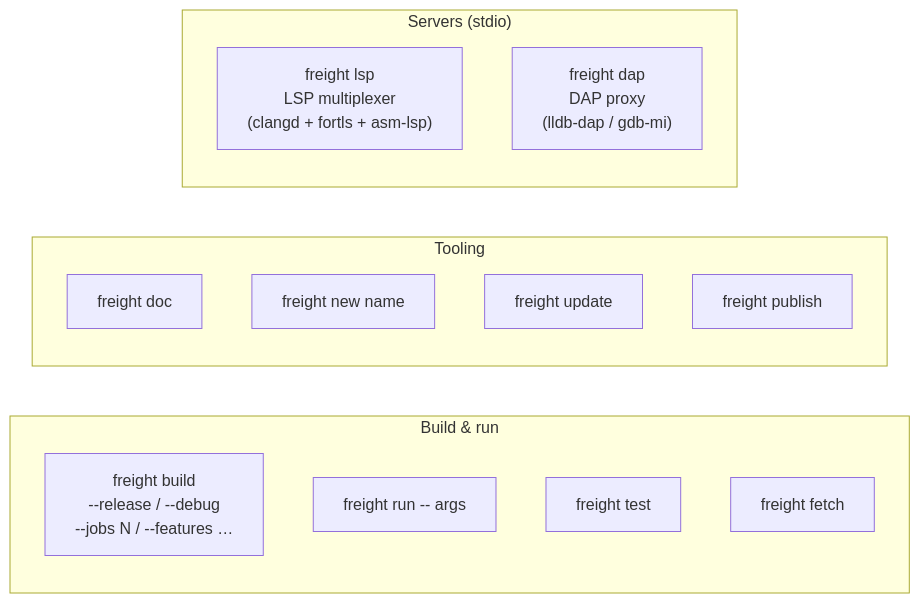
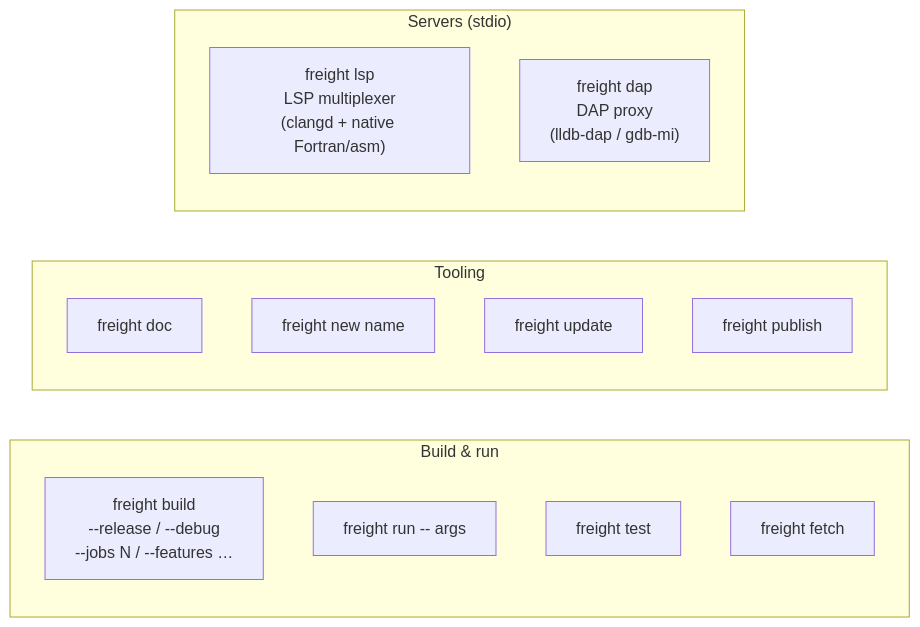
Before and after one commit to freight-app/Freight: the third of 9 diagrams in docs/architecture.md, drawn with Mermaid. The commit also changed 6 other files, not shown here.

Commit message:
document native fortran lsp default

````diff
--- a/docs/architecture.md
+++ b/docs/architecture.md
@@ -184,21 +184,21 @@
 ```mermaid
 flowchart LR
     subgraph Build["Build & run"]
         B["freight build\n--release / --debug\n--jobs N / --features …"]
         R["freight run -- args"]
         T["freight test"]
         F["freight fetch"]
     end
 
     subgraph Tools["Tooling"]
         D["freight doc"]
         N["freight new name"]
         U["freight update"]
         P["freight publish"]
     end
 
     subgraph Servers["Servers (stdio)"]
-        L["freight lsp\nLSP multiplexer\n(clangd + fortls + asm-lsp)"]
+        L["freight lsp\nLSP multiplexer\n(clangd + native Fortran/asm)"]
         DA["freight dap\nDAP proxy\n(lldb-dap / gdb-mi)"]
     end
 ```
````
